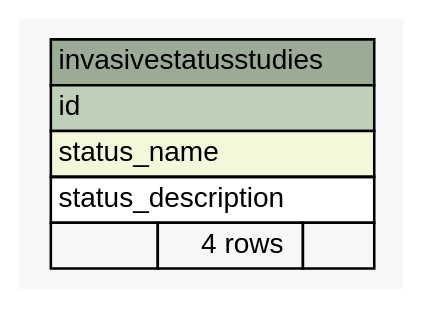
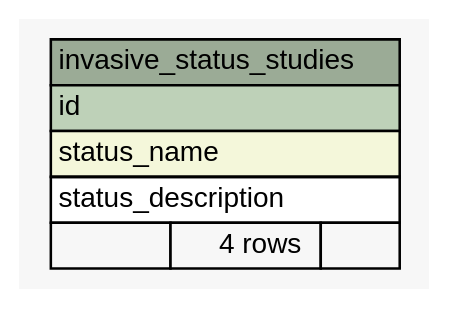
The diagram in application_tasks/schema/current/diagrams/summary/invasivestatusstudies.1degree.dot (DannyLBuss/demography_database), drawn with Graphviz before and after one commit. The commit also changed 29 other files, not shown here.

Commit message:
Changed invasive status study tablename closes #75

```diff
--- a/application_tasks/schema/current/diagrams/summary/invasivestatusstudies.1degree.dot
+++ b/application_tasks/schema/current/diagrams/summary/invasivestatusstudies.1degree.dot
@@ -1,32 +1,32 @@
 // dot 2.38.0 on Linux 4.4.0-42-generic
 // SchemaSpy rev 590
-digraph "invasivestatusstudies" {
+digraph "invasive_status_studies" {
   graph [
     rankdir="RL"
     bgcolor="#f7f7f7"
     nodesep="0.18"
     ranksep="0.46"
     fontname="Helvetica"
     fontsize="11"
   ];
   node [
     fontname="Helvetica"
     fontsize="11"
     shape="plaintext"
   ];
   edge [
     arrowsize="0.8"
   ];
-  "invasivestatusstudies" [
+  "invasive_status_studies" [
     label=<
     <TABLE BORDER="0" CELLBORDER="1" CELLSPACING="0" BGCOLOR="#ffffff">
-      <TR><TD COLSPAN="3" BGCOLOR="#9bab96" ALIGN="CENTER">invasivestatusstudies</TD></TR>
+      <TR><TD COLSPAN="3" BGCOLOR="#9bab96" ALIGN="CENTER">invasive_status_studies</TD></TR>
       <TR><TD PORT="id" COLSPAN="3" BGCOLOR="#bed1b8" ALIGN="LEFT">id</TD></TR>
       <TR><TD PORT="status_name" COLSPAN="3" BGCOLOR="#f4f7da" ALIGN="LEFT">status_name</TD></TR>
       <TR><TD PORT="status_description" COLSPAN="3" ALIGN="LEFT">status_description</TD></TR>
       <TR><TD ALIGN="LEFT" BGCOLOR="#f7f7f7">  </TD><TD ALIGN="RIGHT" BGCOLOR="#f7f7f7">4 rows</TD><TD ALIGN="RIGHT" BGCOLOR="#f7f7f7">  </TD></TR>
     </TABLE>>
-    URL="tables/invasivestatusstudies.html"
-    tooltip="invasivestatusstudies"
+    URL="tables/invasive_status_studies.html"
+    tooltip="invasive_status_studies"
   ];
 }
```
